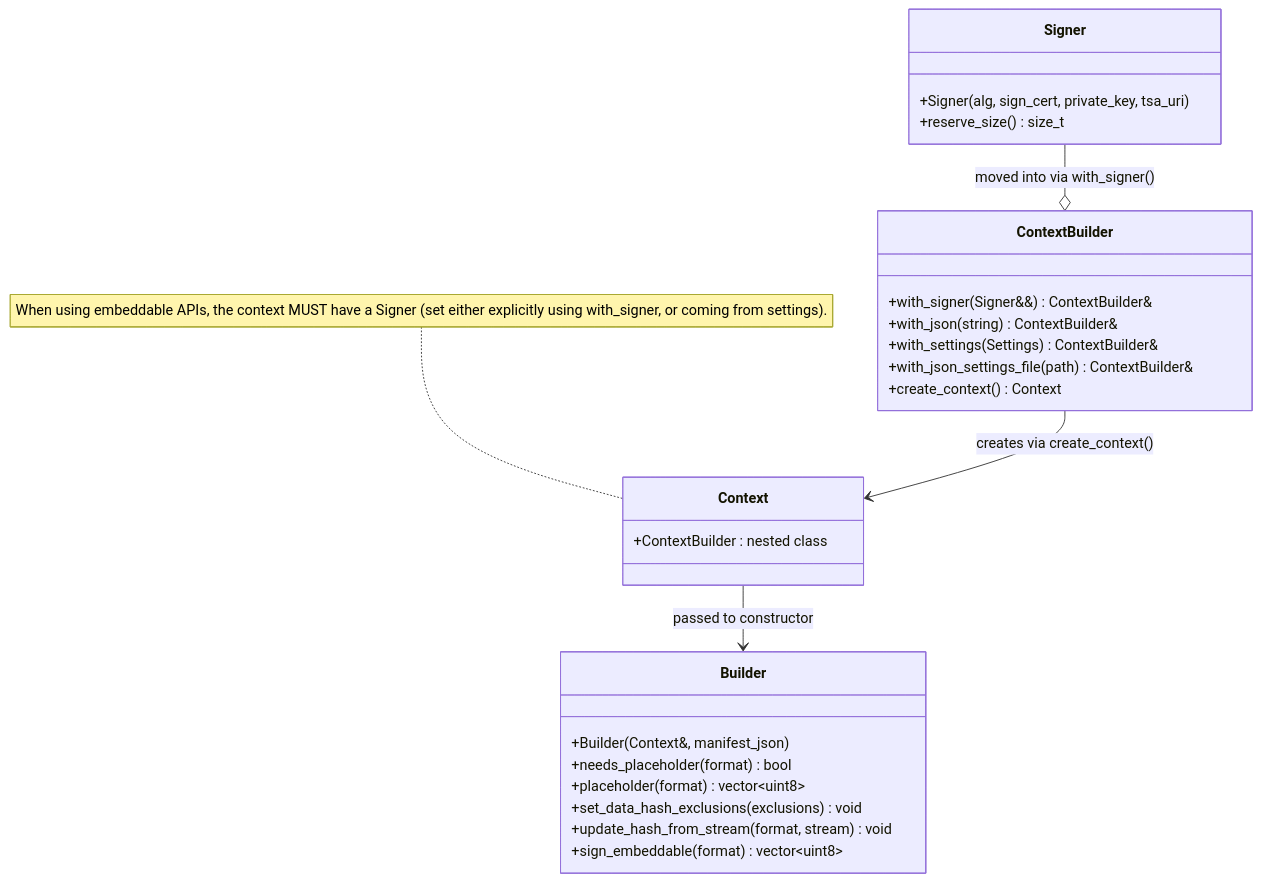
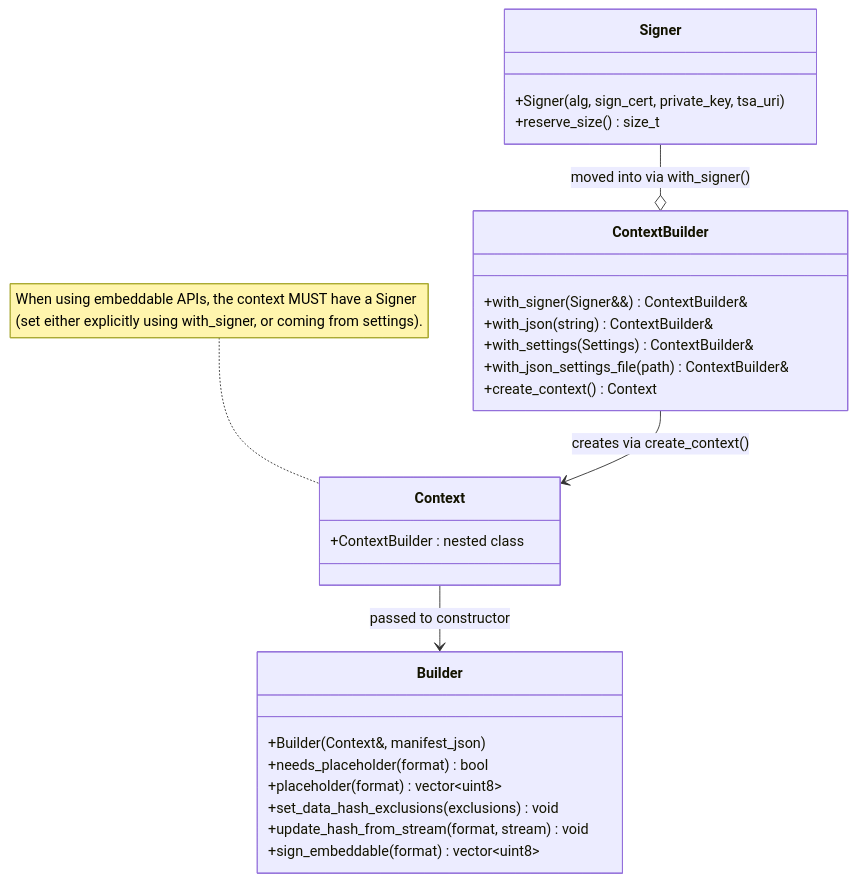
One commit to contentauth/c2pa-c changed the eighth of 8 diagrams in docs/embeddable-api.md. Above: the diagram before and after it, drawn with Mermaid.

Commit message:
fix: Embeddable docs

````diff
--- a/docs/embeddable-api.md
+++ b/docs/embeddable-api.md
@@ -450,33 +450,33 @@
 ```mermaid
 classDiagram
     class Signer {
         +Signer(alg, sign_cert, private_key, tsa_uri)
         +reserve_size() size_t
     }
 
     class ContextBuilder {
         +with_signer(Signer&&) ContextBuilder&
         +with_json(string) ContextBuilder&
         +with_settings(Settings) ContextBuilder&
         +with_json_settings_file(path) ContextBuilder&
         +create_context() Context
     }
 
     class Context {
         +ContextBuilder : nested class
     }
-    note for Context "When using embeddable APIs, the context MUST have a Signer (set either explicitly using with_signer, or coming from settings)."
+    note for Context "When using embeddable APIs, the context MUST have a Signer <br> (set either explicitly using with_signer, or coming from settings)."
 
     class Builder {
         +Builder(Context&, manifest_json)
         +needs_placeholder(format) bool
         +placeholder(format) vector~uint8~
         +set_data_hash_exclusions(exclusions) void
         +update_hash_from_stream(format, stream) void
         +sign_embeddable(format) vector~uint8~
     }
 
     Signer --o ContextBuilder : moved into via with_signer()
     ContextBuilder --> Context : creates via create_context()
     Context --> Builder : passed to constructor
 ```
````
